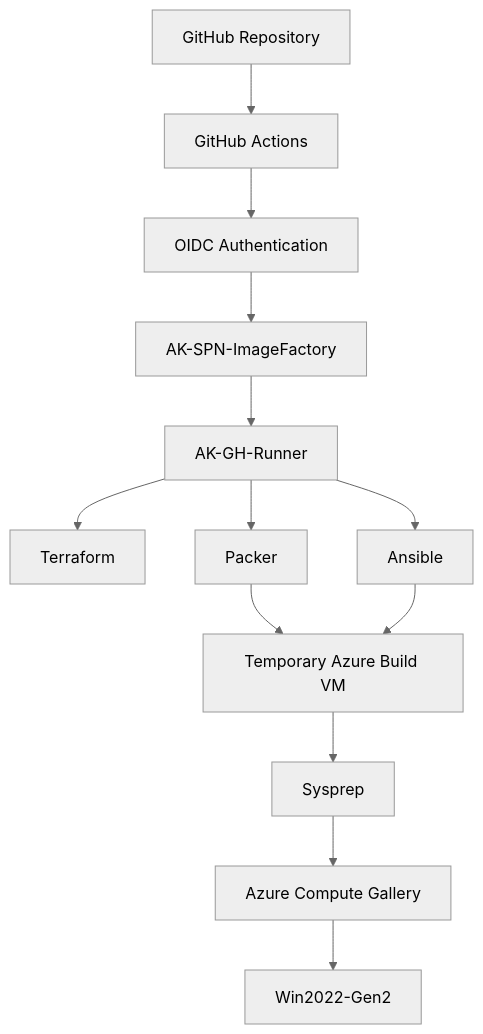
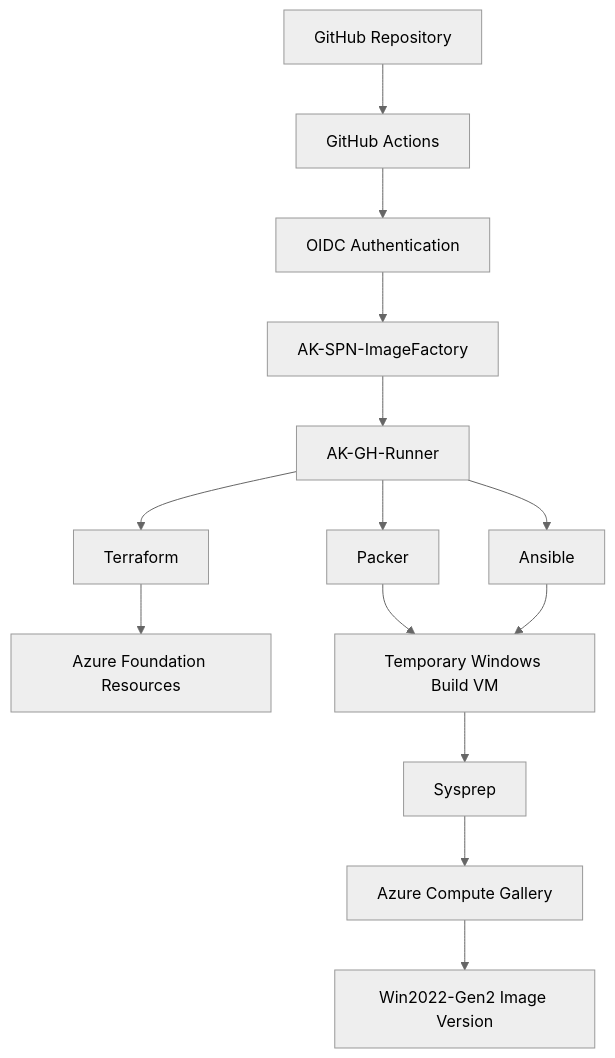
The first of 2 diagrams in README.md (akumar2oo2/Image_Factory), drawn with Mermaid (neutral theme) before and after one commit. The commit also changed other lines of this file, not shown here.

Commit message:
docs(README): add end-to-end image factory KT guide

````diff
--- a/README.md
+++ b/README.md
@@ -12,19 +64,16 @@
 ```mermaid
 flowchart TD
     A[GitHub Repository] --> B[GitHub Actions]
     B --> C[OIDC Authentication]
     C --> D[AK-SPN-ImageFactory]
-
     D --> E[AK-GH-Runner]
-
     E --> F[Terraform]
     E --> G[Packer]
     E --> H[Ansible]
-
-    G --> I[Temporary Azure Build VM]
-    H --> I
-
-    I --> J[Sysprep]
-    J --> K[Azure Compute Gallery]
-    K --> L[Win2022-Gen2]
+    F --> I[Azure Foundation Resources]
+    G --> J[Temporary Windows Build VM]
+    H --> J
+    J --> K[Sysprep]
+    K --> L[Azure Compute Gallery]
+    L --> M[Win2022-Gen2 Image Version]
 ```
````
